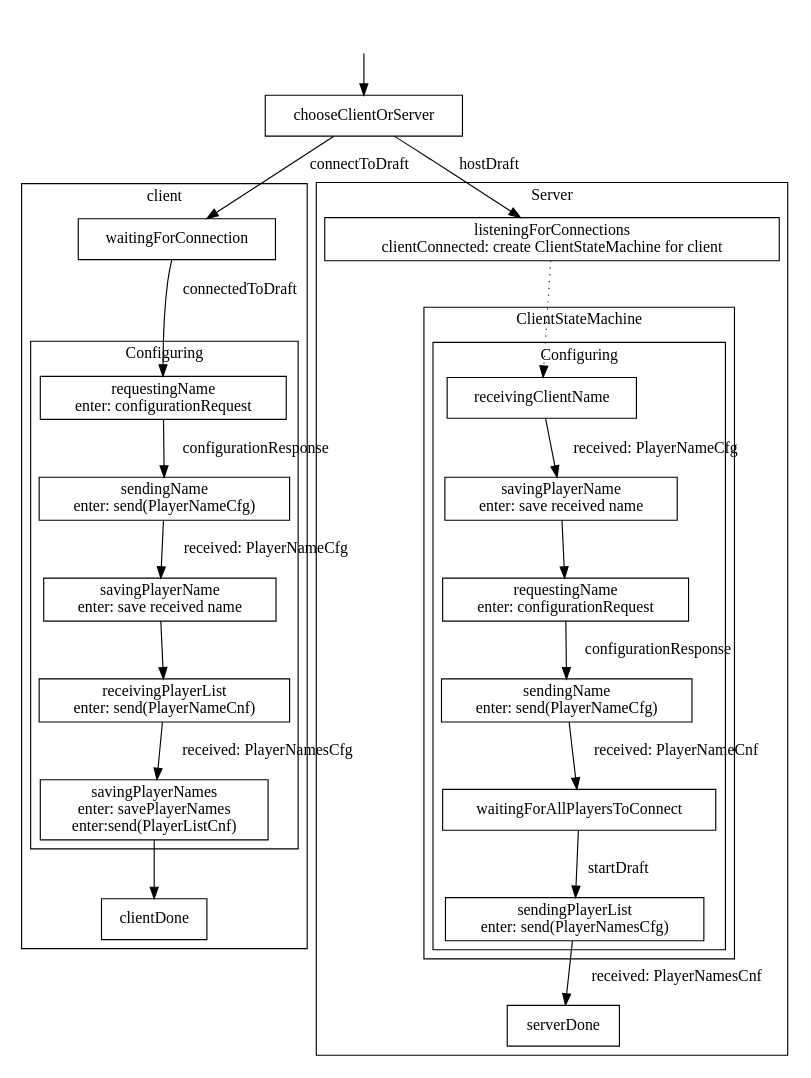
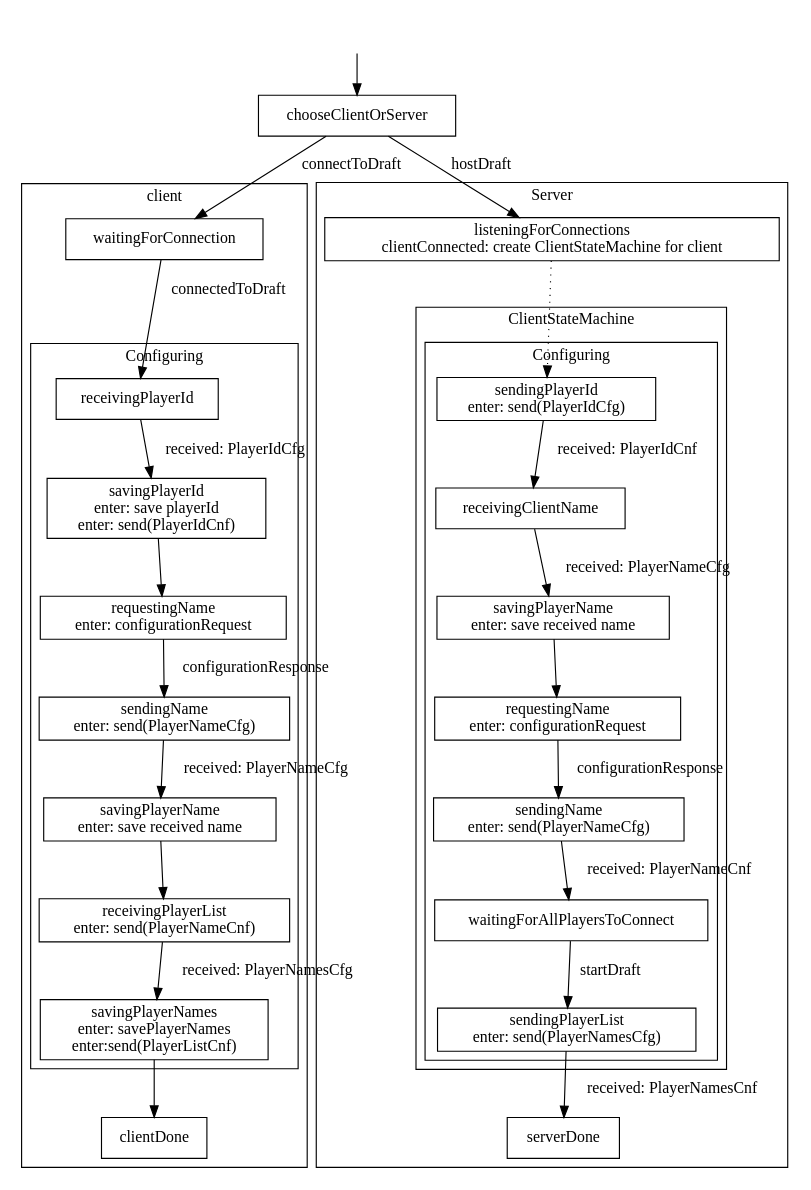
One commit to elchtzeasar/draft changed the diagram in state/graph.dot. Above: the diagram before and after it, drawn with Graphviz. The commit also changed 33 other files, not shown here.

Commit message:
Added PlayerNameCnf message and states for communicating playerId from server to client.

```diff
--- a/state/graph.dot
+++ b/state/graph.dot
@@ -1,59 +1,64 @@
 digraph G {
   node [shape=box];
 
   subgraph cluster1 {
     label = "client";
 
     subgraph cluster11 {
       label = "Configuring";
 
+      savingPlayerId [label = "savingPlayerId\nenter: save playerId\nenter: send(PlayerIdCnf)"];
       requestingName_client [label = "requestingName\nenter: configurationRequest"];
       sendingName_client [label = "sendingName\nenter: send(PlayerNameCfg)"]
       savingPlayerName_client [label = "savingPlayerName\nenter: save received name"]
       receivingPlayerList [label = "receivingPlayerList\nenter: send(PlayerNameCnf)"];
       savingPlayerNames [label = "savingPlayerNames\nenter: savePlayerNames\nenter:send(PlayerListCnf)"];
 
+      receivingPlayerId -> savingPlayerId [label = "received: PlayerIdCfg"];
+      savingPlayerId -> requestingName_client;
       requestingName_client -> sendingName_client [label = "configurationResponse"];
       sendingName_client -> savingPlayerName_client [label = "received: PlayerNameCfg"];
       savingPlayerName_client -> receivingPlayerList;
       receivingPlayerList -> savingPlayerNames [label = "received: PlayerNamesCfg"];
     }
 
-    waitingForConnection -> requestingName_client [label = "connectedToDraft"];
+    waitingForConnection -> receivingPlayerId [label = "connectedToDraft"];
     savingPlayerNames -> clientDone;
   }
 
   subgraph cluster2 {
     label = "Server";
 
     listeningForConnections [label = "listeningForConnections\nclientConnected: create ClientStateMachine for client"];
 
     subgraph cluster21 {
       label = "ClientStateMachine";
   
       subgraph cluster211 {
         label = "Configuring";
 
+	sendingPlayerId [label = "sendingPlayerId\nenter: send(PlayerIdCfg)"];
         requestingName_server [label = "requestingName\nenter: configurationRequest"];
 	sendingName_server [label = "sendingName\nenter: send(PlayerNameCfg)"];	
 	savingPlayerName_server [label = "savingPlayerName\nenter: save received name"];
 	waitingForAllPlayersToConnect;
 	sendingPlayerList [label = "sendingPlayerList\nenter: send(PlayerNamesCfg)"];
 
+	sendingPlayerId -> receivingClientName [label = "received: PlayerIdCnf"];
 	receivingClientName -> savingPlayerName_server [label = "received: PlayerNameCfg"];
 	savingPlayerName_server -> requestingName_server;
 	requestingName_server -> sendingName_server [label = "configurationResponse"];
 	sendingName_server -> waitingForAllPlayersToConnect [label = "received: PlayerNameCnf"];
 	waitingForAllPlayersToConnect -> sendingPlayerList [label = "startDraft"];
       }
     } 
 
-    listeningForConnections -> receivingClientName [style=dotted];
+    listeningForConnections -> sendingPlayerId [style=dotted];
     sendingPlayerList -> serverDone [label = "received: PlayerNamesCnf"];
   }
 
   null [shape = plaintext label=""];
   null -> chooseClientOrServer;
   chooseClientOrServer -> waitingForConnection [label = "connectToDraft"];
   chooseClientOrServer -> listeningForConnections [label = "hostDraft"];
 }
```
